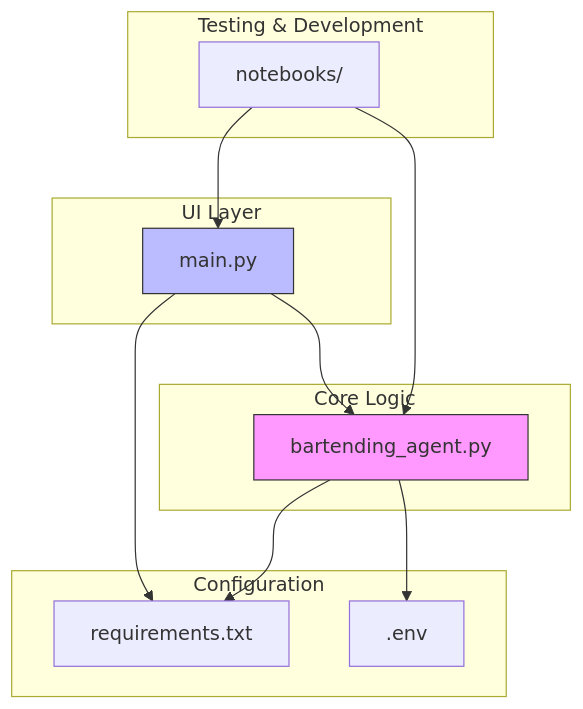
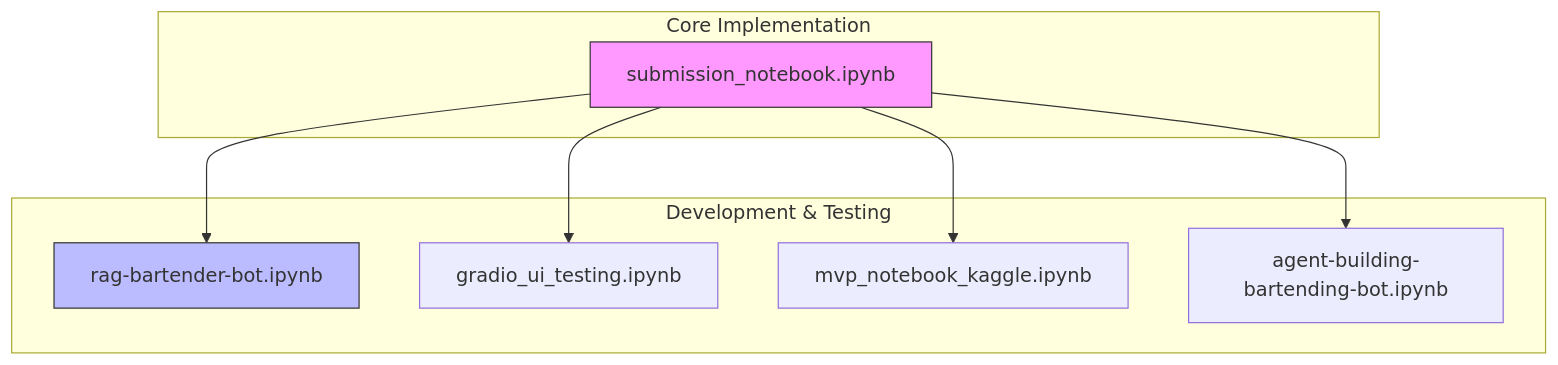
Before and after one commit to MOK-5-ha/MayaBartendingAgent: the first of 4 diagrams in .qoder/repowiki/en/content/AI Integration/AI Integration.md, drawn with Mermaid. The commit also changed other lines of this file and 14 other files, not shown here.

````diff
--- a/.qoder/repowiki/en/content/AI Integration/AI Integration.md
+++ b/.qoder/repowiki/en/content/AI Integration/AI Integration.md
@@ -28,24 +40,18 @@
 ```mermaid
 graph TB
-subgraph "Core Logic"
-BA[bartending_agent.py]
+subgraph "Core Implementation"
+SN[submission_notebook.ipynb]
 end
-subgraph "UI Layer"
-MP[main.py]
+subgraph "Development & Testing"
+RAG[rag-bartender-bot.ipynb]
+GR[gradio_ui_testing.ipynb]
+MVP[mvp_notebook_kaggle.ipynb]
+AGENT[agent-building-bartending-bot.ipynb]
 end
-subgraph "Configuration"
-RT[requirements.txt]
-ENV[.env]
-end
-subgraph "Testing & Development"
-NB[notebooks/]
-end
-MP --> BA
-MP --> RT
-BA --> RT
-BA --> ENV
-NB --> MP
-NB --> BA
-style BA fill:#f9f,stroke:#333
-style MP fill:#bbf,stroke:#333
+SN --> RAG
+SN --> GR
+SN --> MVP
+SN --> AGENT
+style SN fill:#f9f,stroke:#333
+style RAG fill:#bbf,stroke:#333
 ```
````
